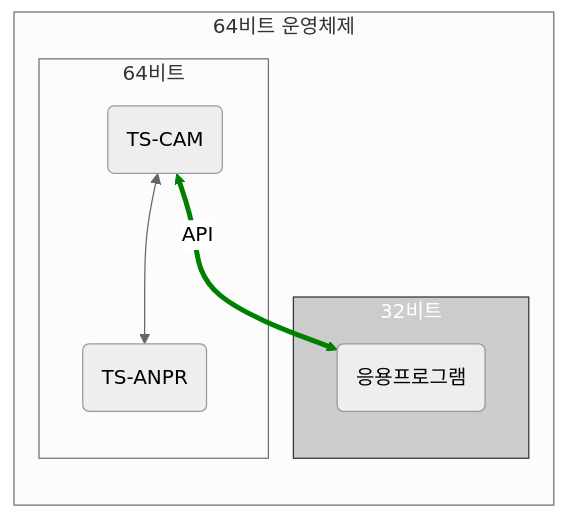
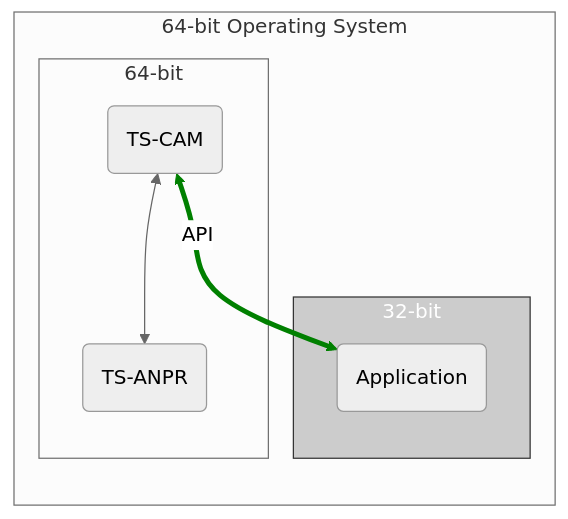
One commit to bobhyun/TS-CAM changed the second of 2 diagrams in README.md. Above: the diagram before and after it, drawn with Mermaid (neutral theme). The commit also changed other lines of this file and 104 other files, not shown here.

````diff
--- a/README.md
+++ b/README.md
@@ -98,26 +115,26 @@
    ```mermaid
    flowchart LR
 
    tscam<-->tsanpr(TS-ANPR)
-   tscam(TS-CAM)<==>|API|app(응용프로그램)
+   tscam(TS-CAM)<==>|API|app(Application)
 
 
-   subgraph 32비트
+   subgraph 32-bit
    app
    end
 
-   subgraph bit64Framework ["64비트"]
+   subgraph bit64Framework ["64-bit"]
    tscam
    tsanpr
    end
 
-   subgraph bit64OS ["64비트 운영체제"]
+   subgraph bit64OS ["64-bit Operating System"]
    bit64Framework
-   32비트
+   32-bit
    end
 
    classDef blue fill:#ccc,color:#fff,stroke:#333;
-   class 32비트 blue
+   class 32-bit blue
 
    linkStyle 1 stroke:green, stroke-width:4px;
    ```
````
